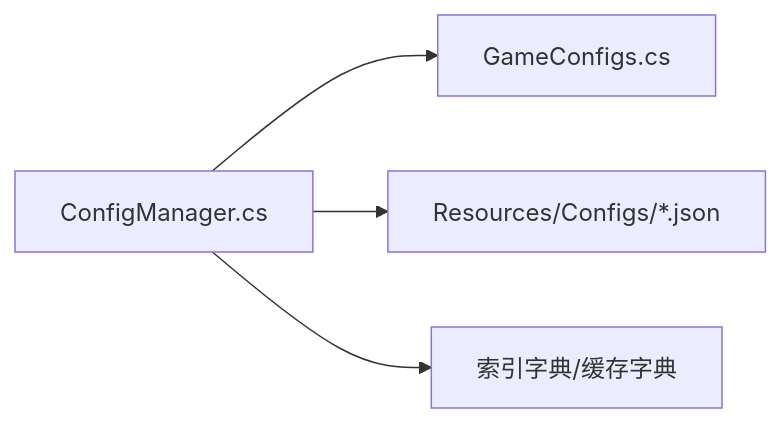
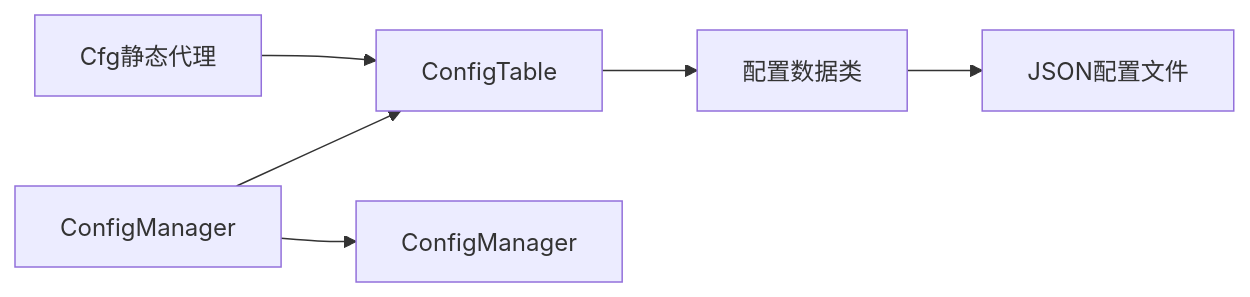
One commit to Tuusen/p1_client changed the fifth of 5 diagrams in .qoder/repowiki/zh/content/配置管理系统/配置管理系统.md. Above: the diagram before and after it, drawn with Mermaid. The commit also changed other lines of this file and 85 other files, not shown here.

````diff
--- a/.qoder/repowiki/zh/content/配置管理系统/配置管理系统.md
+++ b/.qoder/repowiki/zh/content/配置管理系统/配置管理系统.md
@@ -345,6 +257,8 @@
 ```mermaid
 graph LR
-CM["ConfigManager.cs"] --> GC["GameConfigs.cs"]
-CM --> RES["Resources/Configs/*.json"]
-CM --> Dict["索引字典/缓存字典"]
+CM["ConfigManager"] --> CT["ConfigTable<T>"]
+CM --> CMGR["ConfigManager"]
+CT --> Data["配置数据类"]
+CFG["Cfg静态代理"] --> CT
+Data --> JSON["JSON配置文件"]
 ```
````
